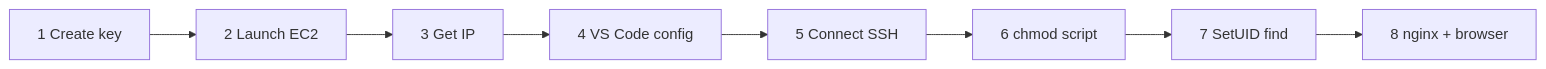
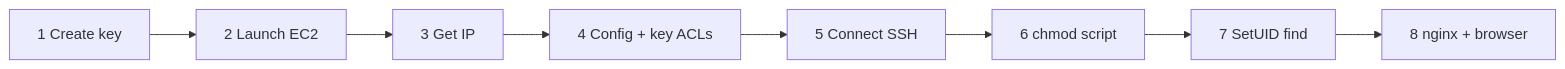
Before and after one commit to gjkaur/ai-in-cybersecurity: the second of 9 diagrams in gurinder_practice/lab 1.1/1.1-Instance-Setup-Guide.md, drawn with Mermaid. The commit also changed other lines of this file and 1 other file, not shown here.

First line of the commit message:
Document Lab 1.1 pitfalls and Windows SSH key fixes from live walkthrough.

````diff
--- a/gurinder_practice/lab 1.1/1.1-Instance-Setup-Guide.md
+++ b/gurinder_practice/lab 1.1/1.1-Instance-Setup-Guide.md
@@ -366,6 +492,6 @@
 ```mermaid
 graph LR
     S1["1 Create key"] --> S2["2 Launch EC2"] --> S3["3 Get IP"]
-    S3 --> S4["4 VS Code config"] --> S5["5 Connect SSH"]
+    S3 --> S4["4 Config + key ACLs"] --> S5["5 Connect SSH"]
     S5 --> S6["6 chmod script"] --> S7["7 SetUID find"] --> S8["8 nginx + browser"]
 ```
````
